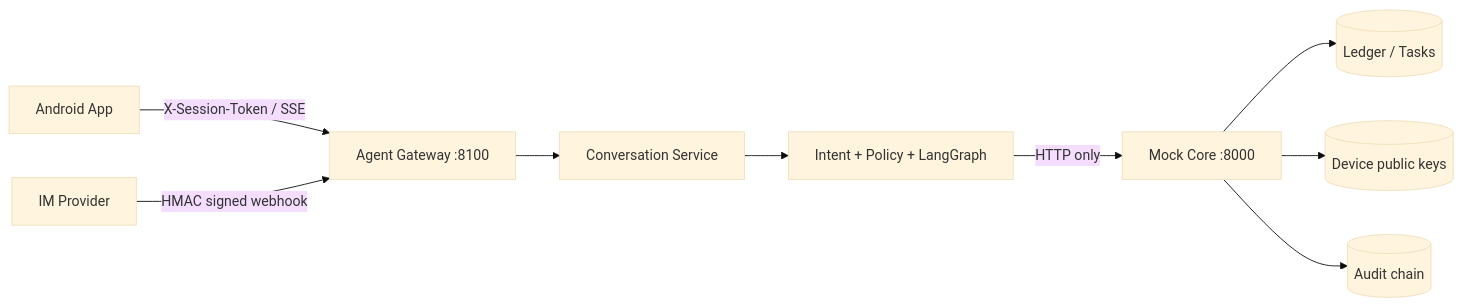
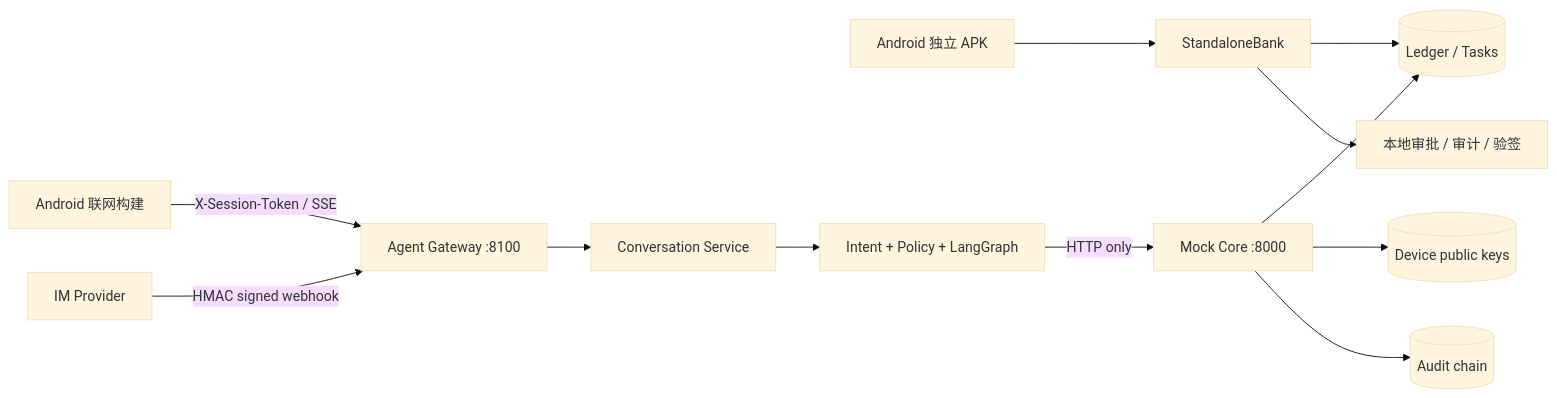
Before and after one commit to Zagadka-3906/ai-banking-agent: the first of 2 diagrams in docs/architecture.md, drawn with Mermaid (base theme). The commit also changed other lines of this file and 25 other files, not shown here.

````diff
--- a/docs/architecture.md
+++ b/docs/architecture.md
@@ -16,11 +16,14 @@
 ```mermaid
 flowchart LR
-    A[Android App] -->|X-Session-Token / SSE| G[Agent Gateway :8100]
+    A[Android 独立 APK] --> O[StandaloneBank]
+    O --> L[(应用私有 Mock 状态)]
+    O --> K[本地审批 / 审计 / 验签]
+    AN[Android 联网构建] -->|X-Session-Token / SSE| G[Agent Gateway :8100]
     I[IM Provider] -->|HMAC signed webhook| G
     G --> C[Conversation Service]
     C --> P[Intent + Policy + LangGraph]
     P -->|HTTP only| B[Mock Core :8000]
     B --> L[(Ledger / Tasks)]
     B --> D[(Device public keys)]
     B --> U[(Audit chain)]
 ```
````
